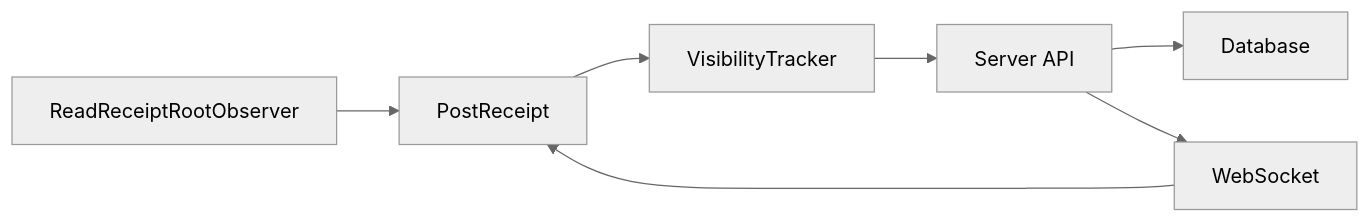
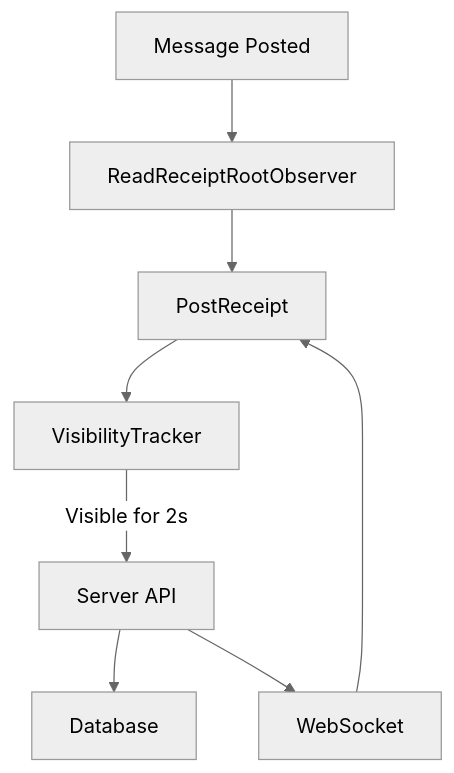
The first of 3 diagrams in README.md (ghaffaria/Mattermost-Read-Receipts), drawn with Mermaid (neutral theme) before and after one commit. The commit also changed other lines of this file and 1 other file, not shown here.

````diff
--- a/README.md
+++ b/README.md
@@ -26,9 +189,10 @@
 ```mermaid
-graph LR
-    A[ReadReceiptRootObserver] --> B[PostReceipt]
-    B --> C[VisibilityTracker]
-    C --> D[Server API]
-    D --> E[Database]
-    D --> F[WebSocket]
-    F --> B
+graph TD
+    A[Message Posted] --> B[ReadReceiptRootObserver]
+    B --> C[PostReceipt]
+    C --> D[VisibilityTracker]
+    D -- "Visible for 2s" --> E[Server API]
+    E --> F[Database]
+    E --> G[WebSocket]
+    G --> C
 ```
````
